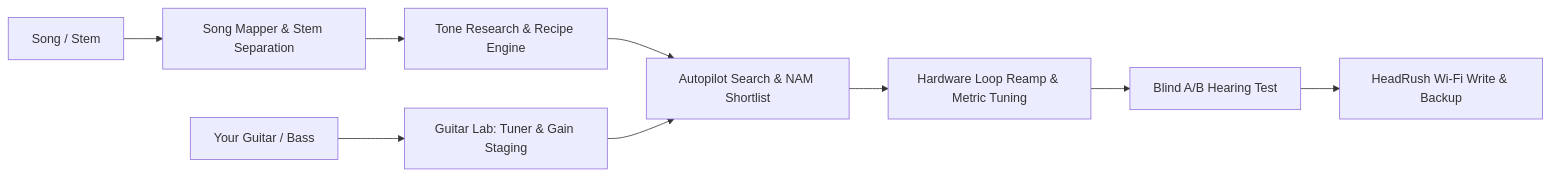
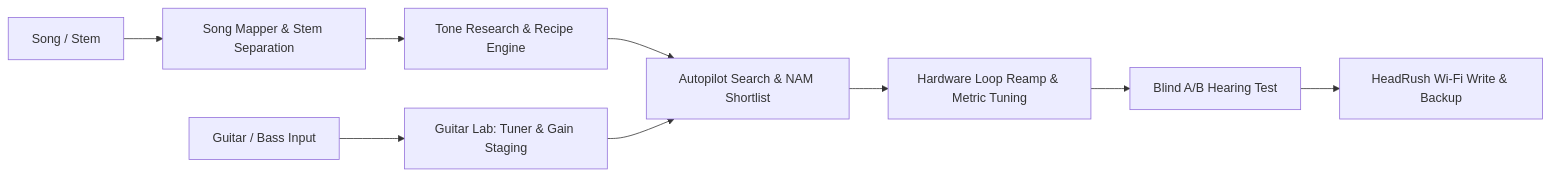
Before and after one commit to Gavinboley/rigsmith: the diagram in README.md, drawn with Mermaid. The commit also changed other lines of this file, not shown here.

````diff
--- a/README.md
+++ b/README.md
@@ -93,12 +91,12 @@
 ```mermaid
 flowchart LR
     A["Song / Stem"] --> B["Song Mapper & Stem Separation"]
     B --> C["Tone Research & Recipe Engine"]
     C --> D["Autopilot Search & NAM Shortlist"]
     D --> E["Hardware Loop Reamp & Metric Tuning"]
     E --> F["Blind A/B Hearing Test"]
     F --> G["HeadRush Wi-Fi Write & Backup"]
     
-    H["Your Guitar / Bass"] --> I["Guitar Lab: Tuner & Gain Staging"]
+    H["Guitar / Bass Input"] --> I["Guitar Lab: Tuner & Gain Staging"]
     I --> D
 ```
````
